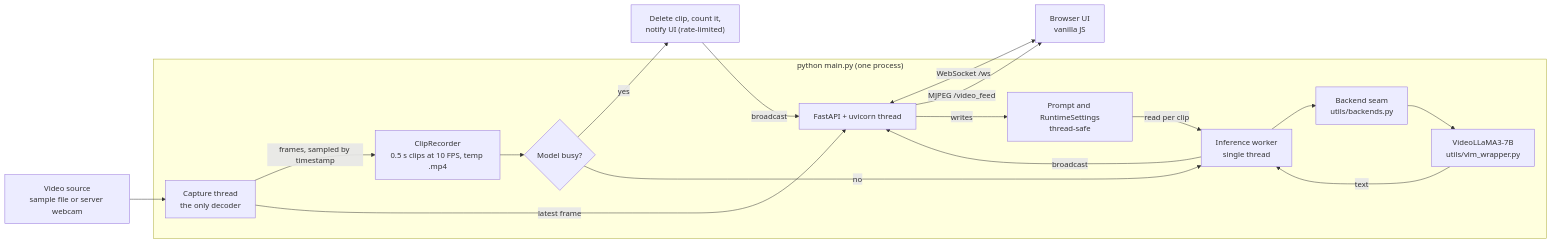
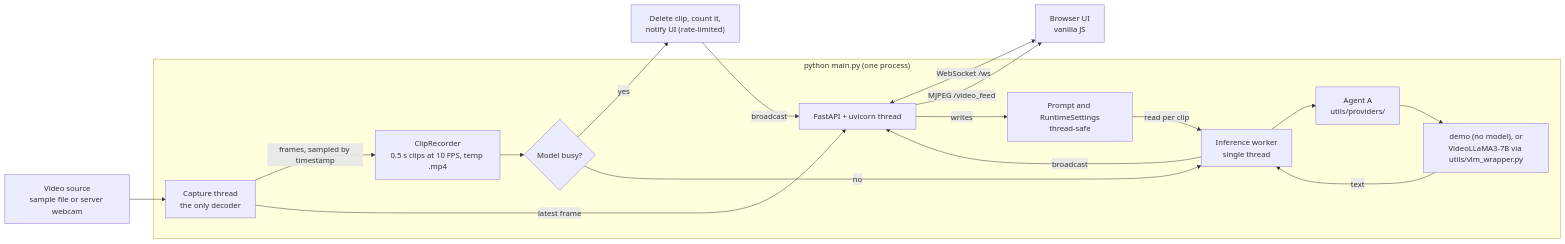
One commit to LordLokator/VLMPromptEngineeringSandbox changed the first of 2 diagrams in README.md. Above: the diagram before and after it, drawn with Mermaid. The commit also changed other lines of this file and 27 other files, not shown here.

````diff
--- a/README.md
+++ b/README.md
@@ -77,29 +103,29 @@
 ```mermaid
 flowchart LR
     SRC["Video source<br/>sample file or server webcam"]
     UI["Browser UI<br/>vanilla JS"]
 
     subgraph APP["python main.py (one process)"]
         CAP["Capture thread<br/>the only decoder"]
         REC["ClipRecorder<br/>0.5 s clips at 10 FPS, temp .mp4"]
         GATE{"Model busy?"}
         EXEC["Inference worker<br/>single thread"]
-        BACK["Backend seam<br/>utils/backends.py"]
-        VLM["VideoLLaMA3-7B<br/>utils/vlm_wrapper.py"]
+        BACK["Agent A<br/>utils/providers/"]
+        VLM["demo (no model), or<br/>VideoLLaMA3-7B via utils/vlm_wrapper.py"]
         STATE["Prompt and RuntimeSettings<br/>thread-safe"]
         WEB["FastAPI + uvicorn thread"]
     end
 
     SRC --> CAP
     CAP -- "frames, sampled by timestamp" --> REC --> GATE
     GATE -- yes --> DROP["Delete clip, count it,<br/>notify UI (rate-limited)"]
     GATE -- no --> EXEC --> BACK --> VLM
     VLM -- text --> EXEC
     EXEC -- broadcast --> WEB
     DROP -- broadcast --> WEB
     CAP -- "latest frame" --> WEB
     WEB <-- "WebSocket /ws" --> UI
     WEB -- "MJPEG /video_feed" --> UI
     WEB -- writes --> STATE
     STATE -- read per clip --> EXEC
 ```
````
